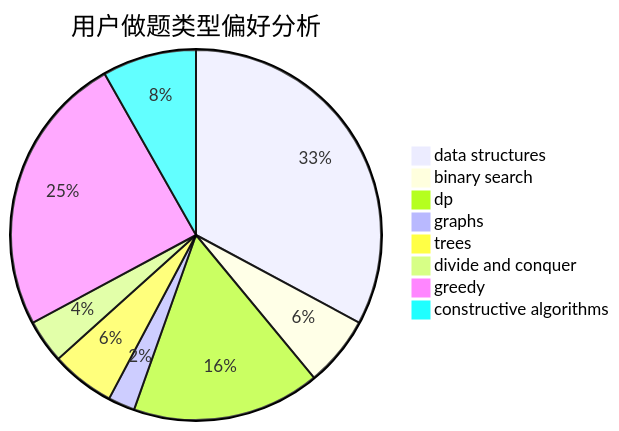
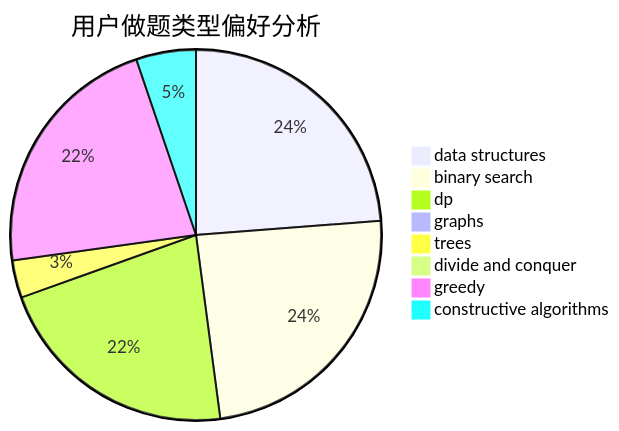
The second of 3 diagrams in docs/user/u681.md (sherpahu/cfrs.github.io), drawn with Mermaid before and after one commit. The commit also changed other lines of this file and 2770 other files, not shown here.

````diff
--- a/docs/user/u681.md
+++ b/docs/user/u681.md
@@ -23,11 +23,11 @@
 ```mermaid
 pie title 用户做题类型偏好分析
-    "data structures" :  112
-    "binary search" :  21
-    "dp" :  56
-    "graphs" :  8
-    "trees" :  19
-    "divide and conquer" :  13
-    "greedy" :  84
-    "constructive algorithms" :  28
+    "data structures" :  465
+    "binary search" :  472
+    "dp" :  423
+    "graphs" :  9
+    "trees" :  64
+    "divide and conquer" :  0
+    "greedy" :  430
+    "constructive algorithms" :  102
 ```
````
